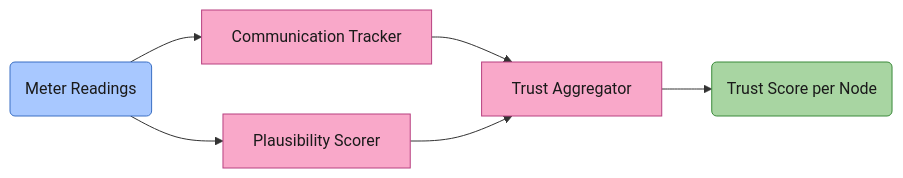
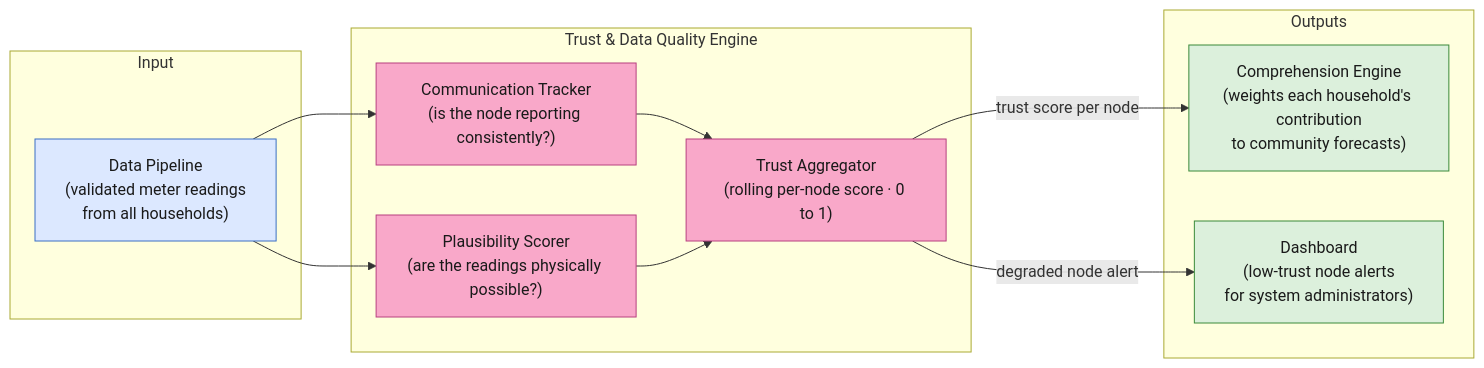
The eighth of 8 diagrams in Sa4CPS/UC4_Enabler_Diagrams.md (rafaeldpsilva/sa4cps-vault), drawn with Mermaid before and after one commit. The commit also changed other lines of this file, not shown here.

````diff
--- a/Sa4CPS/UC4_Enabler_Diagrams.md
+++ b/Sa4CPS/UC4_Enabler_Diagrams.md
@@ -284,26 +329,33 @@
 ```mermaid
 flowchart LR
 
-    classDef input  fill:#a8c8ff,stroke:#3a6fc4,color:#1a1a1a
-    classDef proc   fill:#f9a8c9,stroke:#b84080,color:#1a1a1a
-    classDef output fill:#a8d5a2,stroke:#3a8a3a,color:#1a1a1a
+    classDef src  fill:#dce8ff,stroke:#3a6fc4,color:#1a1a1a
+    classDef proc fill:#f9a8c9,stroke:#b84080,color:#1a1a1a
+    classDef dst  fill:#dcf0dc,stroke:#3a8a3a,color:#1a1a1a
 
-    RR("Meter Readings")
+    subgraph SRC["Input"]
+        DP["Data Pipeline\n(validated meter readings\nfrom all households)"]
+    end
 
-    CT["Communication Tracker"]
-    PLQ["Plausibility Scorer"]
-    TA["Trust Aggregator"]
+    subgraph EN["Trust & Data Quality Engine"]
+        CT["Communication Tracker\n(is the node reporting consistently?)"]
+        PS["Plausibility Scorer\n(are the readings physically possible?)"]
+        TA["Trust Aggregator\n(rolling per-node score · 0 to 1)"]
+        CT --> TA
+        PS --> TA
+    end
 
-    CT  --> TA
-    PLQ --> TA
+    subgraph DST["Outputs"]
+        CE["Comprehension Engine\n(weights each household's contribution\nto community forecasts)"]
+        DASH["Dashboard\n(low-trust node alerts\nfor system administrators)"]
+    end
 
-    TSC("Trust Score per Node")
+    DP --> CT
+    DP --> PS
+    TA -->|trust score per node| CE
+    TA -->|degraded node alert| DASH
 
-    RR --> CT
-    RR --> PLQ
-    TA --> TSC
-
-    class RR input
-    class CT,PLQ,TA proc
-    class TSC output
+    class DP src
+    class CT,PS,TA proc
+    class CE,DASH dst
 ```
````
